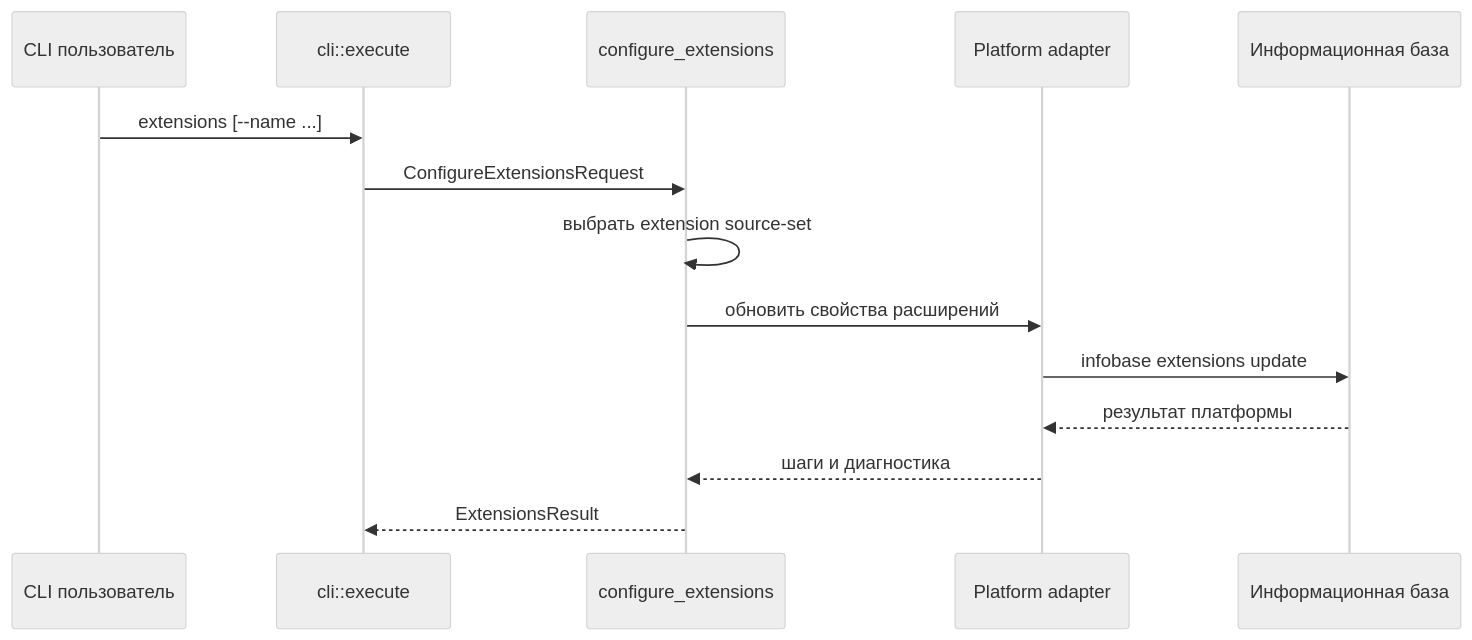
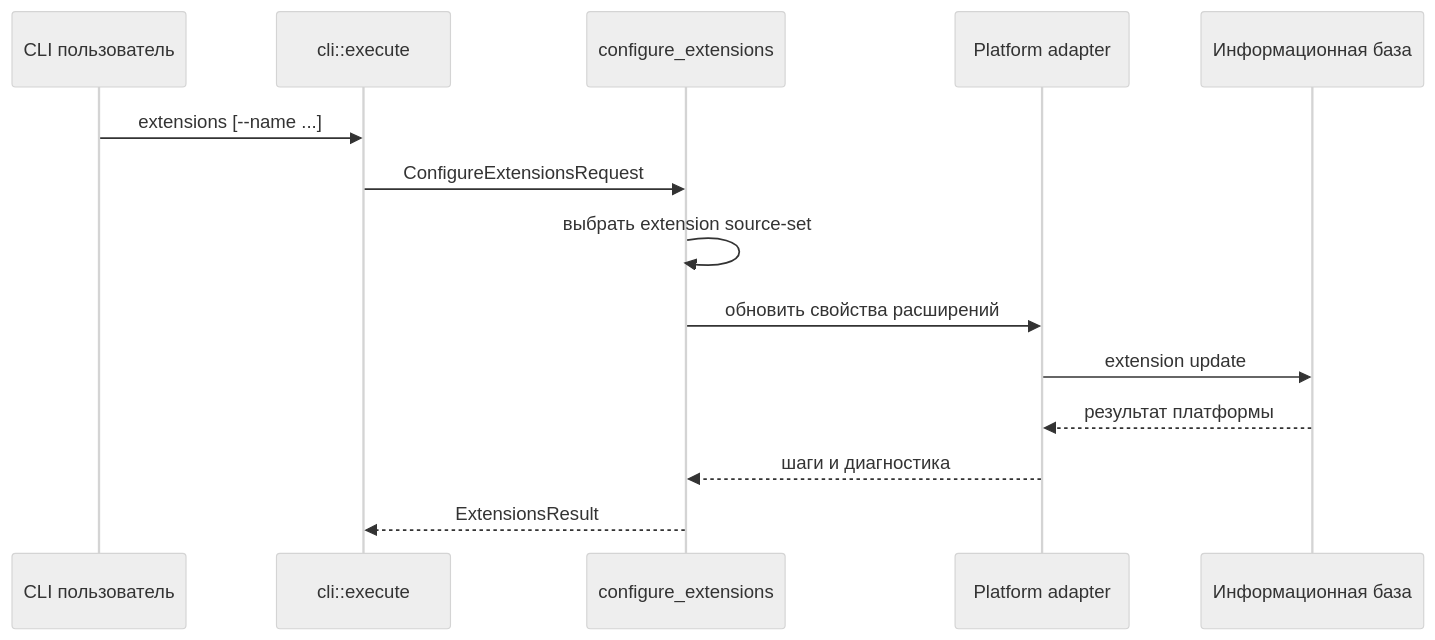
Before and after one commit to alkoleft/v8-runner-rust: the second of 2 diagrams in docs/architecture/arc42/06-runtime-view.md, drawn with Mermaid (neutral theme). The commit also changed 5 other files, not shown here.

````diff
--- a/docs/architecture/arc42/06-runtime-view.md
+++ b/docs/architecture/arc42/06-runtime-view.md
@@ -45,17 +45,17 @@
 ```mermaid
 sequenceDiagram
     participant User as CLI пользователь
     participant CLI as cli::execute
     participant UC as configure_extensions
     participant PF as Platform adapter
     participant IB as Информационная база
 
     User->>CLI: extensions [--name ...]
     CLI->>UC: ConfigureExtensionsRequest
     UC->>UC: выбрать extension source-set
     UC->>PF: обновить свойства расширений
-    PF->>IB: infobase extensions update
+    PF->>IB: extension update
     IB-->>PF: результат платформы
     PF-->>UC: шаги и диагностика
     UC-->>CLI: ExtensionsResult
 ```
````
